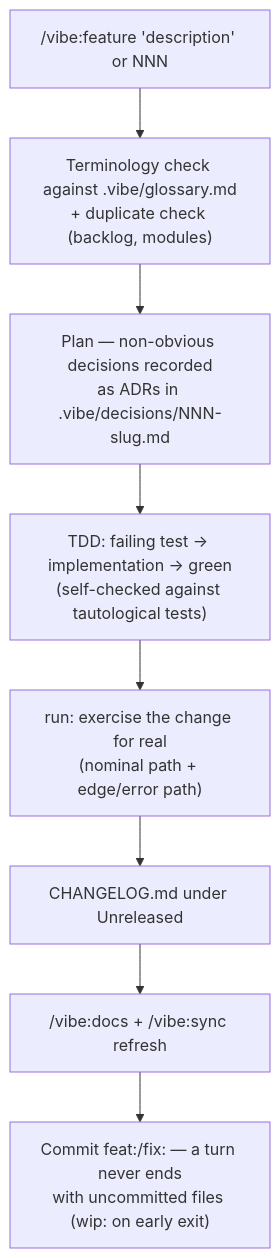
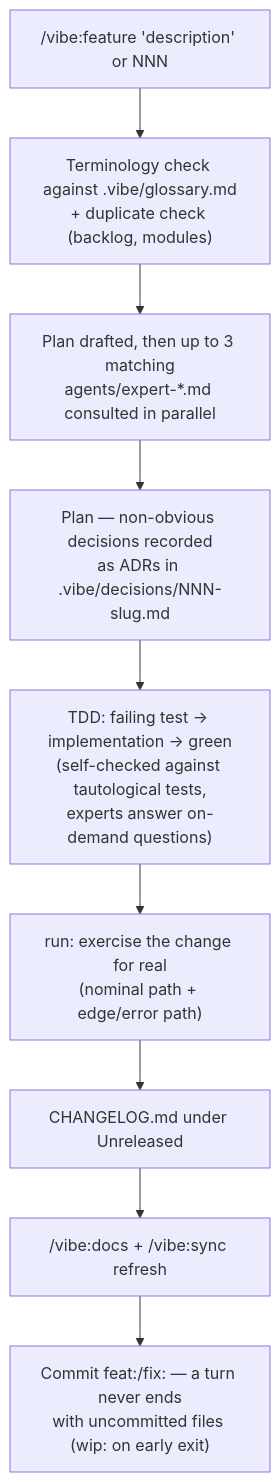
The first of 4 diagrams in docs/workflows.md (neolao/claude-plugin-vibe), drawn with Mermaid before and after one commit. The commit also changed other lines of this file and 4 other files, not shown here.

````diff
--- a/docs/workflows.md
+++ b/docs/workflows.md
@@ -11,10 +11,11 @@
 ```mermaid
 flowchart TD
     A["/vibe:feature 'description' or NNN"] --> B["Terminology check against .vibe/glossary.md<br/>+ duplicate check (backlog, modules)"]
-    B --> C["Plan — non-obvious decisions recorded<br/>as ADRs in .vibe/decisions/NNN-slug.md"]
-    C --> D["TDD: failing test → implementation → green<br/>(self-checked against tautological tests)"]
+    B --> C["Plan drafted, then up to 3 matching<br/>agents/expert-*.md consulted in parallel"]
+    C --> C2["Plan — non-obvious decisions recorded<br/>as ADRs in .vibe/decisions/NNN-slug.md"]
+    C2 --> D["TDD: failing test → implementation → green<br/>(self-checked against tautological tests,<br/>experts answer on-demand questions)"]
     D --> E["run: exercise the change for real<br/>(nominal path + edge/error path)"]
     E --> F["CHANGELOG.md under Unreleased"]
     F --> G["/vibe:docs + /vibe:sync refresh"]
     G --> H["Commit feat:/fix: — a turn never ends<br/>with uncommitted files (wip: on early exit)"]
 ```
````
